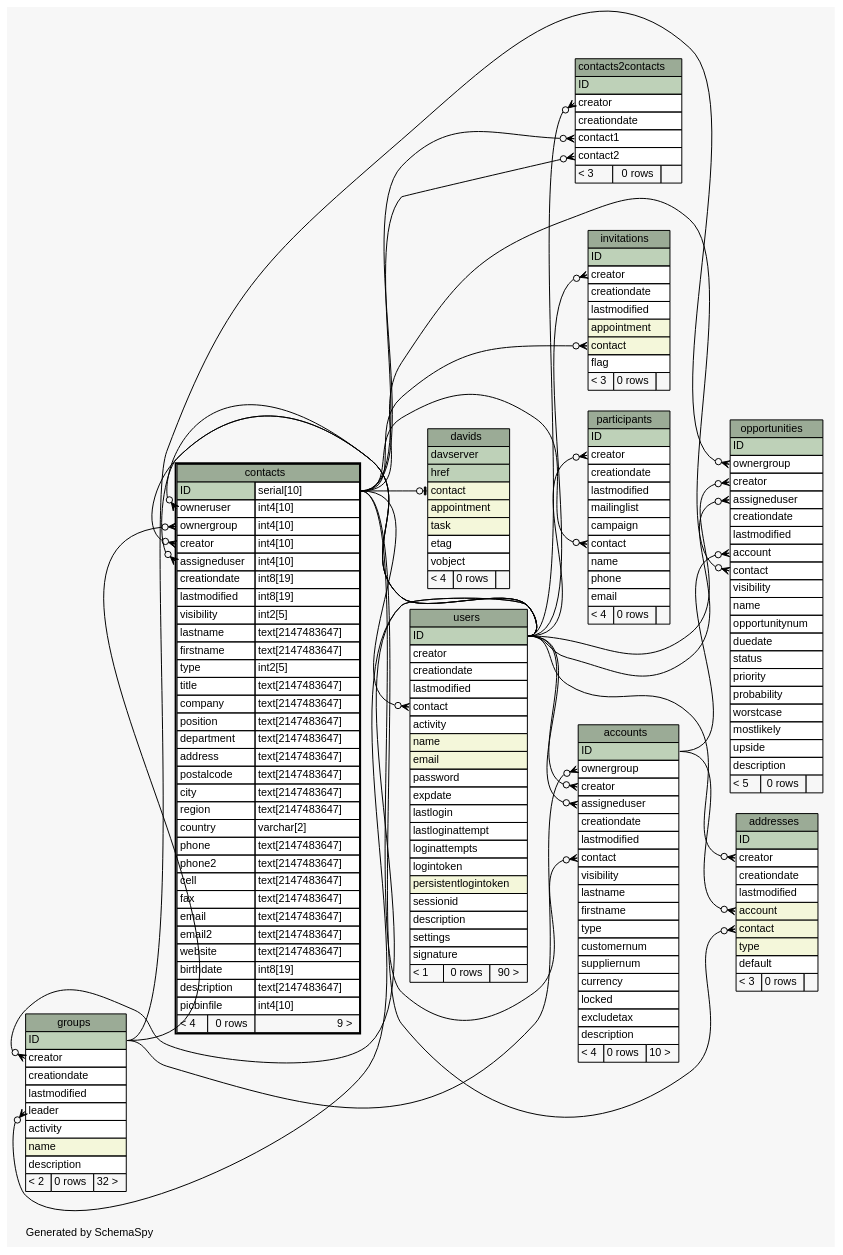
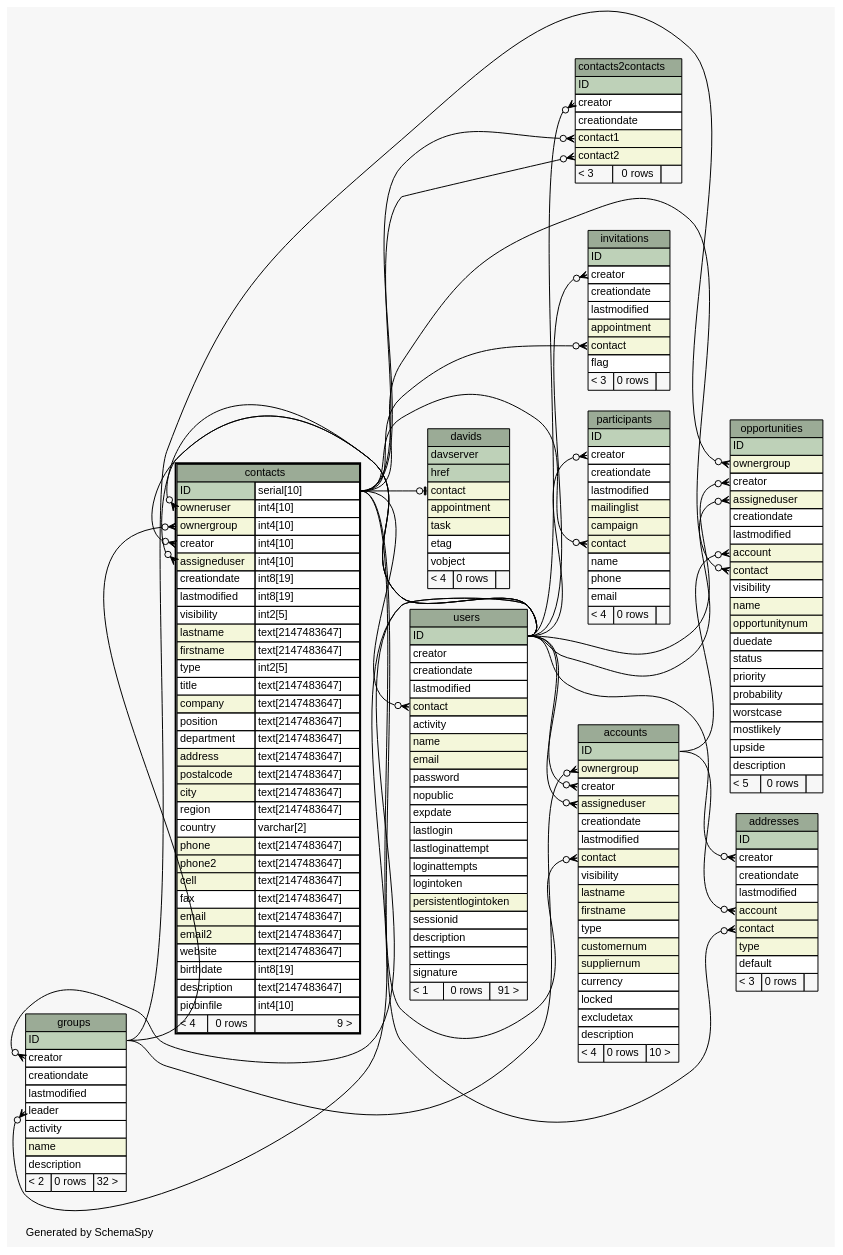
The diagram in diagrams/contacts.1degree.dot (zeyosinc/zeyos-schema), drawn with Graphviz before and after one commit. The commit also changed 313 other files, not shown here.

```diff
--- a/diagrams/contacts.1degree.dot
+++ b/diagrams/contacts.1degree.dot
@@ -1,4 +1,4 @@
-// dot 2.38.0 on Mac OS X 10.11.3
+// dot 2.38.0 on Mac OS X 10.11.4
 // SchemaSpy rev 590
 digraph "oneDegreeRelationshipsDiagram" {
   graph [
@@ -51,18 +51,18 @@
     <TABLE BORDER="0" CELLBORDER="1" CELLSPACING="0" BGCOLOR="#ffffff">
       <TR><TD COLSPAN="3" BGCOLOR="#9bab96" ALIGN="CENTER">accounts</TD></TR>
       <TR><TD PORT="ID" COLSPAN="3" BGCOLOR="#bed1b8" ALIGN="LEFT">ID</TD></TR>
-      <TR><TD PORT="ownergroup" COLSPAN="3" ALIGN="LEFT">ownergroup</TD></TR>
+      <TR><TD PORT="ownergroup" COLSPAN="3" BGCOLOR="#f4f7da" ALIGN="LEFT">ownergroup</TD></TR>
       <TR><TD PORT="creator" COLSPAN="3" ALIGN="LEFT">creator</TD></TR>
-      <TR><TD PORT="assigneduser" COLSPAN="3" ALIGN="LEFT">assigneduser</TD></TR>
+      <TR><TD PORT="assigneduser" COLSPAN="3" BGCOLOR="#f4f7da" ALIGN="LEFT">assigneduser</TD></TR>
       <TR><TD PORT="creationdate" COLSPAN="3" ALIGN="LEFT">creationdate</TD></TR>
       <TR><TD PORT="lastmodified" COLSPAN="3" ALIGN="LEFT">lastmodified</TD></TR>
-      <TR><TD PORT="contact" COLSPAN="3" ALIGN="LEFT">contact</TD></TR>
+      <TR><TD PORT="contact" COLSPAN="3" BGCOLOR="#f4f7da" ALIGN="LEFT">contact</TD></TR>
       <TR><TD PORT="visibility" COLSPAN="3" ALIGN="LEFT">visibility</TD></TR>
-      <TR><TD PORT="lastname" COLSPAN="3" ALIGN="LEFT">lastname</TD></TR>
-      <TR><TD PORT="firstname" COLSPAN="3" ALIGN="LEFT">firstname</TD></TR>
+      <TR><TD PORT="lastname" COLSPAN="3" BGCOLOR="#f4f7da" ALIGN="LEFT">lastname</TD></TR>
+      <TR><TD PORT="firstname" COLSPAN="3" BGCOLOR="#f4f7da" ALIGN="LEFT">firstname</TD></TR>
       <TR><TD PORT="type" COLSPAN="3" ALIGN="LEFT">type</TD></TR>
-      <TR><TD PORT="customernum" COLSPAN="3" ALIGN="LEFT">customernum</TD></TR>
-      <TR><TD PORT="suppliernum" COLSPAN="3" ALIGN="LEFT">suppliernum</TD></TR>
+      <TR><TD PORT="customernum" COLSPAN="3" BGCOLOR="#f4f7da" ALIGN="LEFT">customernum</TD></TR>
+      <TR><TD PORT="suppliernum" COLSPAN="3" BGCOLOR="#f4f7da" ALIGN="LEFT">suppliernum</TD></TR>
       <TR><TD PORT="currency" COLSPAN="3" ALIGN="LEFT">currency</TD></TR>
       <TR><TD PORT="locked" COLSPAN="3" ALIGN="LEFT">locked</TD></TR>
       <TR><TD PORT="excludetax" COLSPAN="3" ALIGN="LEFT">excludetax</TD></TR>
@@ -94,31 +94,31 @@
     <TABLE BORDER="2" CELLBORDER="1" CELLSPACING="0" BGCOLOR="#ffffff">
       <TR><TD COLSPAN="3" BGCOLOR="#9bab96" ALIGN="CENTER">contacts</TD></TR>
       <TR><TD PORT="ID" COLSPAN="2" BGCOLOR="#bed1b8" ALIGN="LEFT">ID</TD><TD PORT="ID.type" ALIGN="LEFT">serial[10]</TD></TR>
-      <TR><TD PORT="owneruser" COLSPAN="2" ALIGN="LEFT">owneruser</TD><TD PORT="owneruser.type" ALIGN="LEFT">int4[10]</TD></TR>
-      <TR><TD PORT="ownergroup" COLSPAN="2" ALIGN="LEFT">ownergroup</TD><TD PORT="ownergroup.type" ALIGN="LEFT">int4[10]</TD></TR>
+      <TR><TD PORT="owneruser" COLSPAN="2" BGCOLOR="#f4f7da" ALIGN="LEFT">owneruser</TD><TD PORT="owneruser.type" ALIGN="LEFT">int4[10]</TD></TR>
+      <TR><TD PORT="ownergroup" COLSPAN="2" BGCOLOR="#f4f7da" ALIGN="LEFT">ownergroup</TD><TD PORT="ownergroup.type" ALIGN="LEFT">int4[10]</TD></TR>
       <TR><TD PORT="creator" COLSPAN="2" ALIGN="LEFT">creator</TD><TD PORT="creator.type" ALIGN="LEFT">int4[10]</TD></TR>
-      <TR><TD PORT="assigneduser" COLSPAN="2" ALIGN="LEFT">assigneduser</TD><TD PORT="assigneduser.type" ALIGN="LEFT">int4[10]</TD></TR>
+      <TR><TD PORT="assigneduser" COLSPAN="2" BGCOLOR="#f4f7da" ALIGN="LEFT">assigneduser</TD><TD PORT="assigneduser.type" ALIGN="LEFT">int4[10]</TD></TR>
       <TR><TD PORT="creationdate" COLSPAN="2" ALIGN="LEFT">creationdate</TD><TD PORT="creationdate.type" ALIGN="LEFT">int8[19]</TD></TR>
       <TR><TD PORT="lastmodified" COLSPAN="2" ALIGN="LEFT">lastmodified</TD><TD PORT="lastmodified.type" ALIGN="LEFT">int8[19]</TD></TR>
       <TR><TD PORT="visibility" COLSPAN="2" ALIGN="LEFT">visibility</TD><TD PORT="visibility.type" ALIGN="LEFT">int2[5]</TD></TR>
-      <TR><TD PORT="lastname" COLSPAN="2" ALIGN="LEFT">lastname</TD><TD PORT="lastname.type" ALIGN="LEFT">text[2147483647]</TD></TR>
-      <TR><TD PORT="firstname" COLSPAN="2" ALIGN="LEFT">firstname</TD><TD PORT="firstname.type" ALIGN="LEFT">text[2147483647]</TD></TR>
+      <TR><TD PORT="lastname" COLSPAN="2" BGCOLOR="#f4f7da" ALIGN="LEFT">lastname</TD><TD PORT="lastname.type" ALIGN="LEFT">text[2147483647]</TD></TR>
+      <TR><TD PORT="firstname" COLSPAN="2" BGCOLOR="#f4f7da" ALIGN="LEFT">firstname</TD><TD PORT="firstname.type" ALIGN="LEFT">text[2147483647]</TD></TR>
       <TR><TD PORT="type" COLSPAN="2" ALIGN="LEFT">type</TD><TD PORT="type.type" ALIGN="LEFT">int2[5]</TD></TR>
       <TR><TD PORT="title" COLSPAN="2" ALIGN="LEFT">title</TD><TD PORT="title.type" ALIGN="LEFT">text[2147483647]</TD></TR>
-      <TR><TD PORT="company" COLSPAN="2" ALIGN="LEFT">company</TD><TD PORT="company.type" ALIGN="LEFT">text[2147483647]</TD></TR>
+      <TR><TD PORT="company" COLSPAN="2" BGCOLOR="#f4f7da" ALIGN="LEFT">company</TD><TD PORT="company.type" ALIGN="LEFT">text[2147483647]</TD></TR>
       <TR><TD PORT="position" COLSPAN="2" ALIGN="LEFT">position</TD><TD PORT="position.type" ALIGN="LEFT">text[2147483647]</TD></TR>
       <TR><TD PORT="department" COLSPAN="2" ALIGN="LEFT">department</TD><TD PORT="department.type" ALIGN="LEFT">text[2147483647]</TD></TR>
-      <TR><TD PORT="address" COLSPAN="2" ALIGN="LEFT">address</TD><TD PORT="address.type" ALIGN="LEFT">text[2147483647]</TD></TR>
-      <TR><TD PORT="postalcode" COLSPAN="2" ALIGN="LEFT">postalcode</TD><TD PORT="postalcode.type" ALIGN="LEFT">text[2147483647]</TD></TR>
-      <TR><TD PORT="city" COLSPAN="2" ALIGN="LEFT">city</TD><TD PORT="city.type" ALIGN="LEFT">text[2147483647]</TD></TR>
+      <TR><TD PORT="address" COLSPAN="2" BGCOLOR="#f4f7da" ALIGN="LEFT">address</TD><TD PORT="address.type" ALIGN="LEFT">text[2147483647]</TD></TR>
+      <TR><TD PORT="postalcode" COLSPAN="2" BGCOLOR="#f4f7da" ALIGN="LEFT">postalcode</TD><TD PORT="postalcode.type" ALIGN="LEFT">text[2147483647]</TD></TR>
+      <TR><TD PORT="city" COLSPAN="2" BGCOLOR="#f4f7da" ALIGN="LEFT">city</TD><TD PORT="city.type" ALIGN="LEFT">text[2147483647]</TD></TR>
       <TR><TD PORT="region" COLSPAN="2" ALIGN="LEFT">region</TD><TD PORT="region.type" ALIGN="LEFT">text[2147483647]</TD></TR>
       <TR><TD PORT="country" COLSPAN="2" ALIGN="LEFT">country</TD><TD PORT="country.type" ALIGN="LEFT">varchar[2]</TD></TR>
-      <TR><TD PORT="phone" COLSPAN="2" ALIGN="LEFT">phone</TD><TD PORT="phone.type" ALIGN="LEFT">text[2147483647]</TD></TR>
-      <TR><TD PORT="phone2" COLSPAN="2" ALIGN="LEFT">phone2</TD><TD PORT="phone2.type" ALIGN="LEFT">text[2147483647]</TD></TR>
-      <TR><TD PORT="cell" COLSPAN="2" ALIGN="LEFT">cell</TD><TD PORT="cell.type" ALIGN="LEFT">text[2147483647]</TD></TR>
+      <TR><TD PORT="phone" COLSPAN="2" BGCOLOR="#f4f7da" ALIGN="LEFT">phone</TD><TD PORT="phone.type" ALIGN="LEFT">text[2147483647]</TD></TR>
+      <TR><TD PORT="phone2" COLSPAN="2" BGCOLOR="#f4f7da" ALIGN="LEFT">phone2</TD><TD PORT="phone2.type" ALIGN="LEFT">text[2147483647]</TD></TR>
+      <TR><TD PORT="cell" COLSPAN="2" BGCOLOR="#f4f7da" ALIGN="LEFT">cell</TD><TD PORT="cell.type" ALIGN="LEFT">text[2147483647]</TD></TR>
       <TR><TD PORT="fax" COLSPAN="2" ALIGN="LEFT">fax</TD><TD PORT="fax.type" ALIGN="LEFT">text[2147483647]</TD></TR>
-      <TR><TD PORT="email" COLSPAN="2" ALIGN="LEFT">email</TD><TD PORT="email.type" ALIGN="LEFT">text[2147483647]</TD></TR>
-      <TR><TD PORT="email2" COLSPAN="2" ALIGN="LEFT">email2</TD><TD PORT="email2.type" ALIGN="LEFT">text[2147483647]</TD></TR>
+      <TR><TD PORT="email" COLSPAN="2" BGCOLOR="#f4f7da" ALIGN="LEFT">email</TD><TD PORT="email.type" ALIGN="LEFT">text[2147483647]</TD></TR>
+      <TR><TD PORT="email2" COLSPAN="2" BGCOLOR="#f4f7da" ALIGN="LEFT">email2</TD><TD PORT="email2.type" ALIGN="LEFT">text[2147483647]</TD></TR>
       <TR><TD PORT="website" COLSPAN="2" ALIGN="LEFT">website</TD><TD PORT="website.type" ALIGN="LEFT">text[2147483647]</TD></TR>
       <TR><TD PORT="birthdate" COLSPAN="2" ALIGN="LEFT">birthdate</TD><TD PORT="birthdate.type" ALIGN="LEFT">int8[19]</TD></TR>
       <TR><TD PORT="description" COLSPAN="2" ALIGN="LEFT">description</TD><TD PORT="description.type" ALIGN="LEFT">text[2147483647]</TD></TR>
@@ -135,8 +135,8 @@
       <TR><TD PORT="ID" COLSPAN="3" BGCOLOR="#bed1b8" ALIGN="LEFT">ID</TD></TR>
       <TR><TD PORT="creator" COLSPAN="3" ALIGN="LEFT">creator</TD></TR>
       <TR><TD PORT="creationdate" COLSPAN="3" ALIGN="LEFT">creationdate</TD></TR>
-      <TR><TD PORT="contact1" COLSPAN="3" ALIGN="LEFT">contact1</TD></TR>
-      <TR><TD PORT="contact2" COLSPAN="3" ALIGN="LEFT">contact2</TD></TR>
+      <TR><TD PORT="contact1" COLSPAN="3" BGCOLOR="#f4f7da" ALIGN="LEFT">contact1</TD></TR>
+      <TR><TD PORT="contact2" COLSPAN="3" BGCOLOR="#f4f7da" ALIGN="LEFT">contact2</TD></TR>
       <TR><TD ALIGN="LEFT" BGCOLOR="#f7f7f7">&lt; 3</TD><TD ALIGN="RIGHT" BGCOLOR="#f7f7f7">0 rows</TD><TD ALIGN="RIGHT" BGCOLOR="#f7f7f7">  </TD></TR>
     </TABLE>>
     URL="contacts2contacts.html"
@@ -196,16 +196,16 @@
     <TABLE BORDER="0" CELLBORDER="1" CELLSPACING="0" BGCOLOR="#ffffff">
       <TR><TD COLSPAN="3" BGCOLOR="#9bab96" ALIGN="CENTER">opportunities</TD></TR>
       <TR><TD PORT="ID" COLSPAN="3" BGCOLOR="#bed1b8" ALIGN="LEFT">ID</TD></TR>
-      <TR><TD PORT="ownergroup" COLSPAN="3" ALIGN="LEFT">ownergroup</TD></TR>
+      <TR><TD PORT="ownergroup" COLSPAN="3" BGCOLOR="#f4f7da" ALIGN="LEFT">ownergroup</TD></TR>
       <TR><TD PORT="creator" COLSPAN="3" ALIGN="LEFT">creator</TD></TR>
-      <TR><TD PORT="assigneduser" COLSPAN="3" ALIGN="LEFT">assigneduser</TD></TR>
+      <TR><TD PORT="assigneduser" COLSPAN="3" BGCOLOR="#f4f7da" ALIGN="LEFT">assigneduser</TD></TR>
       <TR><TD PORT="creationdate" COLSPAN="3" ALIGN="LEFT">creationdate</TD></TR>
       <TR><TD PORT="lastmodified" COLSPAN="3" ALIGN="LEFT">lastmodified</TD></TR>
-      <TR><TD PORT="account" COLSPAN="3" ALIGN="LEFT">account</TD></TR>
-      <TR><TD PORT="contact" COLSPAN="3" ALIGN="LEFT">contact</TD></TR>
+      <TR><TD PORT="account" COLSPAN="3" BGCOLOR="#f4f7da" ALIGN="LEFT">account</TD></TR>
+      <TR><TD PORT="contact" COLSPAN="3" BGCOLOR="#f4f7da" ALIGN="LEFT">contact</TD></TR>
       <TR><TD PORT="visibility" COLSPAN="3" ALIGN="LEFT">visibility</TD></TR>
-      <TR><TD PORT="name" COLSPAN="3" ALIGN="LEFT">name</TD></TR>
-      <TR><TD PORT="opportunitynum" COLSPAN="3" ALIGN="LEFT">opportunitynum</TD></TR>
+      <TR><TD PORT="name" COLSPAN="3" BGCOLOR="#f4f7da" ALIGN="LEFT">name</TD></TR>
+      <TR><TD PORT="opportunitynum" COLSPAN="3" BGCOLOR="#f4f7da" ALIGN="LEFT">opportunitynum</TD></TR>
       <TR><TD PORT="duedate" COLSPAN="3" ALIGN="LEFT">duedate</TD></TR>
       <TR><TD PORT="status" COLSPAN="3" ALIGN="LEFT">status</TD></TR>
       <TR><TD PORT="priority" COLSPAN="3" ALIGN="LEFT">priority</TD></TR>
@@ -227,9 +227,9 @@
       <TR><TD PORT="creator" COLSPAN="3" ALIGN="LEFT">creator</TD></TR>
       <TR><TD PORT="creationdate" COLSPAN="3" ALIGN="LEFT">creationdate</TD></TR>
       <TR><TD PORT="lastmodified" COLSPAN="3" ALIGN="LEFT">lastmodified</TD></TR>
-      <TR><TD PORT="mailinglist" COLSPAN="3" ALIGN="LEFT">mailinglist</TD></TR>
-      <TR><TD PORT="campaign" COLSPAN="3" ALIGN="LEFT">campaign</TD></TR>
-      <TR><TD PORT="contact" COLSPAN="3" ALIGN="LEFT">contact</TD></TR>
+      <TR><TD PORT="mailinglist" COLSPAN="3" BGCOLOR="#f4f7da" ALIGN="LEFT">mailinglist</TD></TR>
+      <TR><TD PORT="campaign" COLSPAN="3" BGCOLOR="#f4f7da" ALIGN="LEFT">campaign</TD></TR>
+      <TR><TD PORT="contact" COLSPAN="3" BGCOLOR="#f4f7da" ALIGN="LEFT">contact</TD></TR>
       <TR><TD PORT="name" COLSPAN="3" ALIGN="LEFT">name</TD></TR>
       <TR><TD PORT="phone" COLSPAN="3" ALIGN="LEFT">phone</TD></TR>
       <TR><TD PORT="email" COLSPAN="3" ALIGN="LEFT">email</TD></TR>
@@ -246,11 +246,12 @@
       <TR><TD PORT="creator" COLSPAN="3" ALIGN="LEFT">creator</TD></TR>
       <TR><TD PORT="creationdate" COLSPAN="3" ALIGN="LEFT">creationdate</TD></TR>
       <TR><TD PORT="lastmodified" COLSPAN="3" ALIGN="LEFT">lastmodified</TD></TR>
-      <TR><TD PORT="contact" COLSPAN="3" ALIGN="LEFT">contact</TD></TR>
+      <TR><TD PORT="contact" COLSPAN="3" BGCOLOR="#f4f7da" ALIGN="LEFT">contact</TD></TR>
       <TR><TD PORT="activity" COLSPAN="3" ALIGN="LEFT">activity</TD></TR>
       <TR><TD PORT="name" COLSPAN="3" BGCOLOR="#f4f7da" ALIGN="LEFT">name</TD></TR>
       <TR><TD PORT="email" COLSPAN="3" BGCOLOR="#f4f7da" ALIGN="LEFT">email</TD></TR>
       <TR><TD PORT="password" COLSPAN="3" ALIGN="LEFT">password</TD></TR>
+      <TR><TD PORT="nopublic" COLSPAN="3" ALIGN="LEFT">nopublic</TD></TR>
       <TR><TD PORT="expdate" COLSPAN="3" ALIGN="LEFT">expdate</TD></TR>
       <TR><TD PORT="lastlogin" COLSPAN="3" ALIGN="LEFT">lastlogin</TD></TR>
       <TR><TD PORT="lastloginattempt" COLSPAN="3" ALIGN="LEFT">lastloginattempt</TD></TR>
@@ -261,7 +262,7 @@
       <TR><TD PORT="description" COLSPAN="3" ALIGN="LEFT">description</TD></TR>
       <TR><TD PORT="settings" COLSPAN="3" ALIGN="LEFT">settings</TD></TR>
       <TR><TD PORT="signature" COLSPAN="3" ALIGN="LEFT">signature</TD></TR>
-      <TR><TD ALIGN="LEFT" BGCOLOR="#f7f7f7">&lt; 1</TD><TD ALIGN="RIGHT" BGCOLOR="#f7f7f7">0 rows</TD><TD ALIGN="RIGHT" BGCOLOR="#f7f7f7">90 &gt;</TD></TR>
+      <TR><TD ALIGN="LEFT" BGCOLOR="#f7f7f7">&lt; 1</TD><TD ALIGN="RIGHT" BGCOLOR="#f7f7f7">0 rows</TD><TD ALIGN="RIGHT" BGCOLOR="#f7f7f7">91 &gt;</TD></TR>
     </TABLE>>
     URL="users.html"
     tooltip="users"
```
